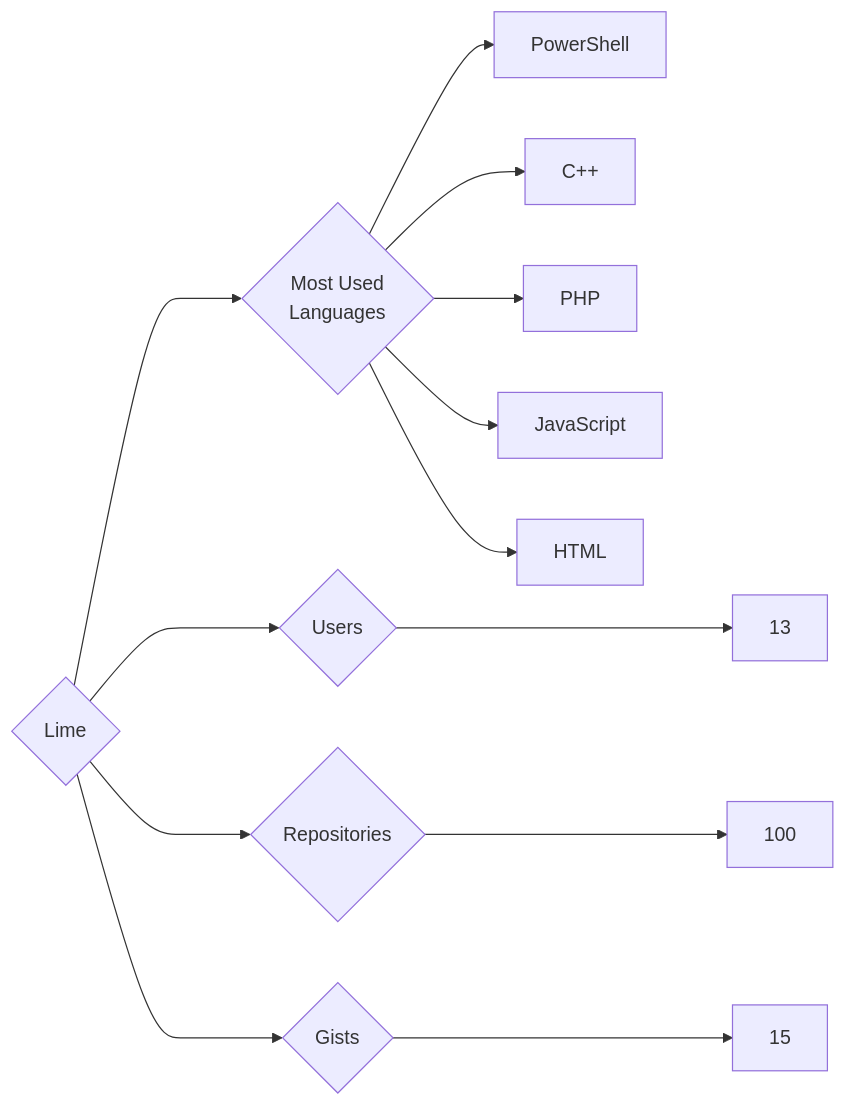
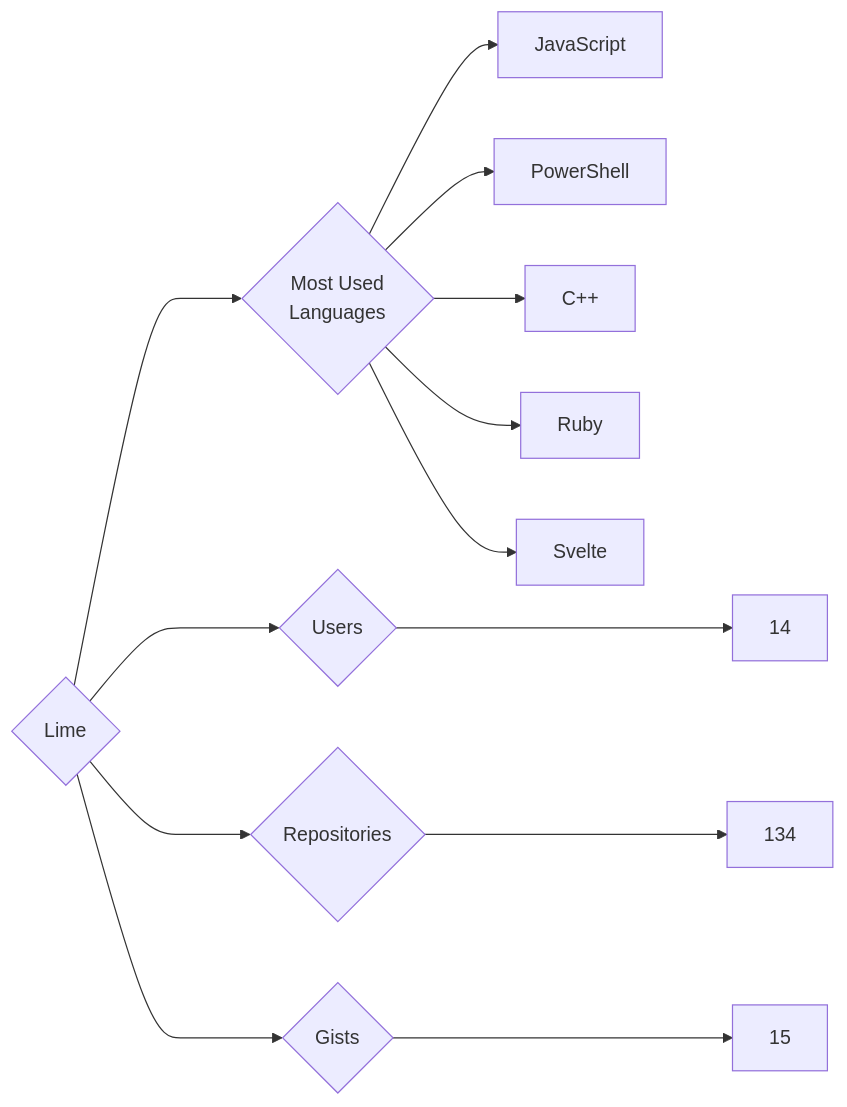
One commit to trickest/insiders changed the diagram in targets/Lime/README.md. Above: the diagram before and after it, drawn with Mermaid. The commit also changed 757 other files, not shown here.

````diff
--- a/targets/Lime/README.md
+++ b/targets/Lime/README.md
@@ -3,13 +3,13 @@
 ```mermaid
 graph LR
 COMPANY_NAME{Lime}
-COMPANY_NAME ---> U{Users} ---> UN[13]
-COMPANY_NAME ---> R{Repositories} ---> RN[100]
+COMPANY_NAME ---> U{Users} ---> UN[14]
+COMPANY_NAME ---> R{Repositories} ---> RN[134]
 COMPANY_NAME ---> G{Gists} ---> GN[15]
 COMPANY_NAME ---> ML{Most Used<br>Languages}
+ML --> JavaScript[JavaScript]
 ML --> PowerShell[PowerShell]
 ML --> C++[C++]
-ML --> PHP[PHP]
-ML --> JavaScript[JavaScript]
-ML --> HTML[HTML]
+ML --> Ruby[Ruby]
+ML --> Svelte[Svelte]
 ```
````
